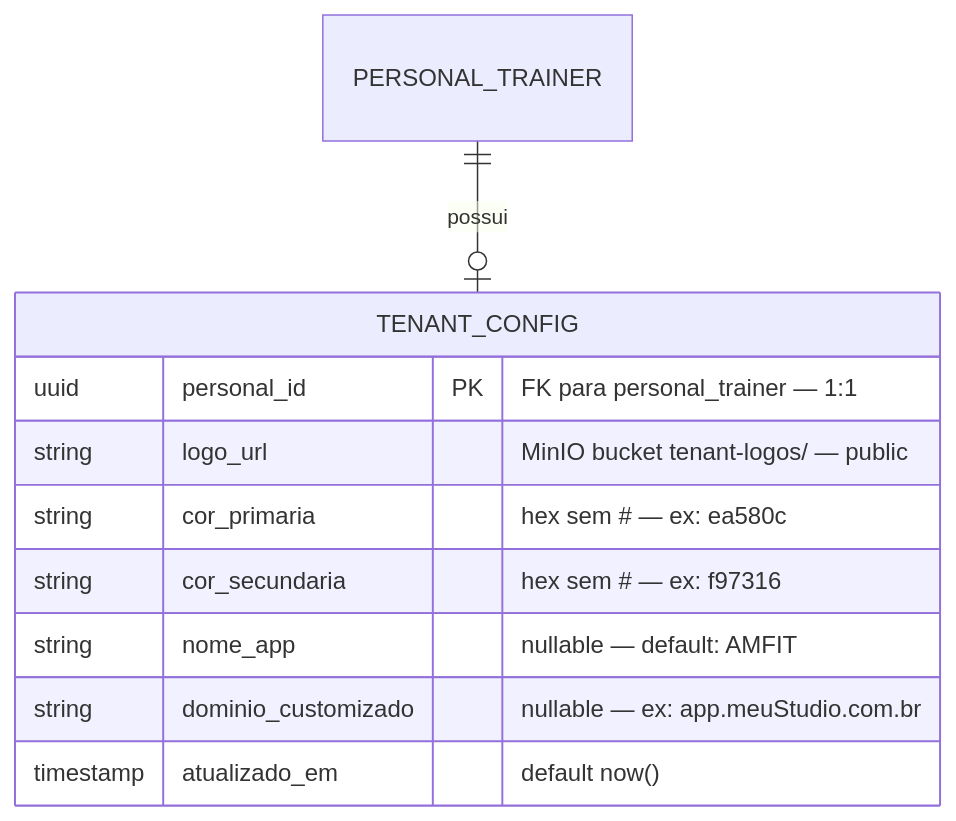
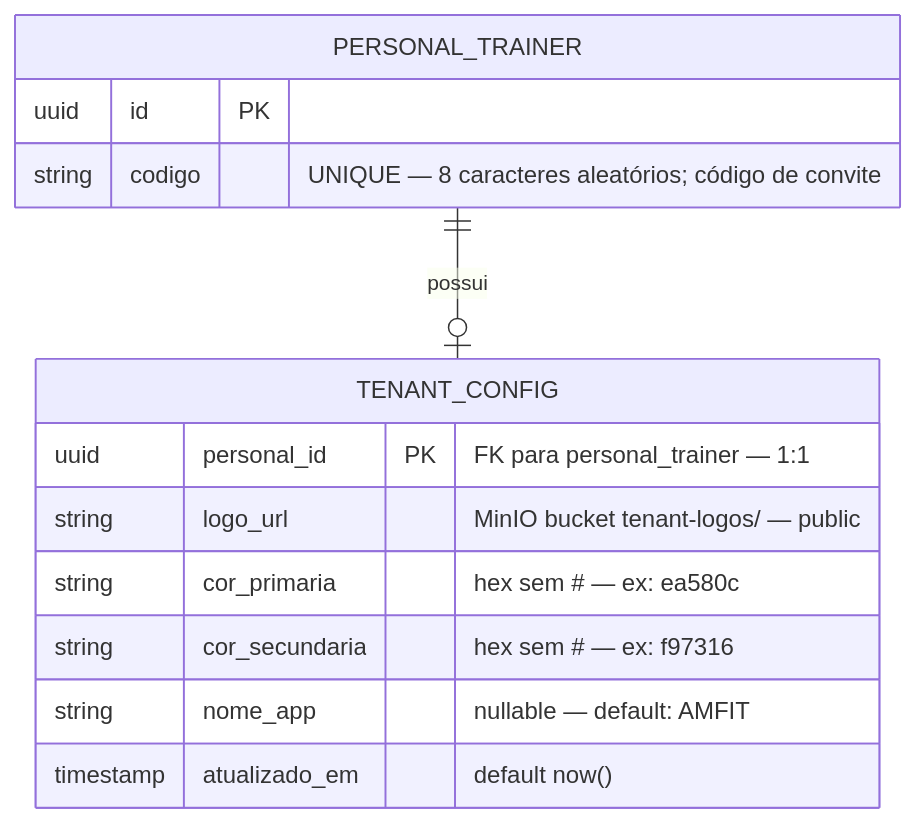
Diagram 26 of 35 in docs/SDD.md (netomussauer/amfit), drawn with Mermaid before and after one commit. The commit also changed other lines of this file, not shown here.

First line of the commit message:
docs(sdd): define o white label por personal (ADR-007) e alinha a secao 20.4

````diff
--- a/docs/SDD.md
+++ b/docs/SDD.md
@@ -3805,14 +3844,18 @@
 ```mermaid
 erDiagram
     TENANT_CONFIG {
         uuid personal_id PK "FK para personal_trainer — 1:1"
         string logo_url "MinIO bucket tenant-logos/ — public"
         string cor_primaria "hex sem # — ex: ea580c"
         string cor_secundaria "hex sem # — ex: f97316"
         string nome_app "nullable — default: AMFIT"
-        string dominio_customizado "nullable — ex: app.meuStudio.com.br"
         timestamp atualizado_em "default now()"
+    }
+
+    PERSONAL_TRAINER {
+        uuid id PK
+        string codigo "UNIQUE — 8 caracteres aleatórios; código de convite"
     }
 
     PERSONAL_TRAINER ||--o| TENANT_CONFIG : "possui"
 ```
````
